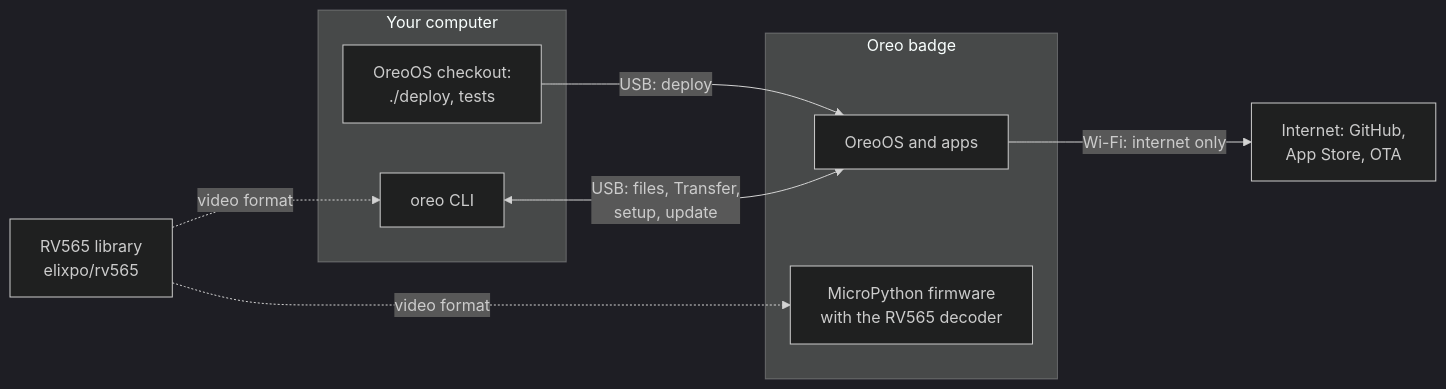
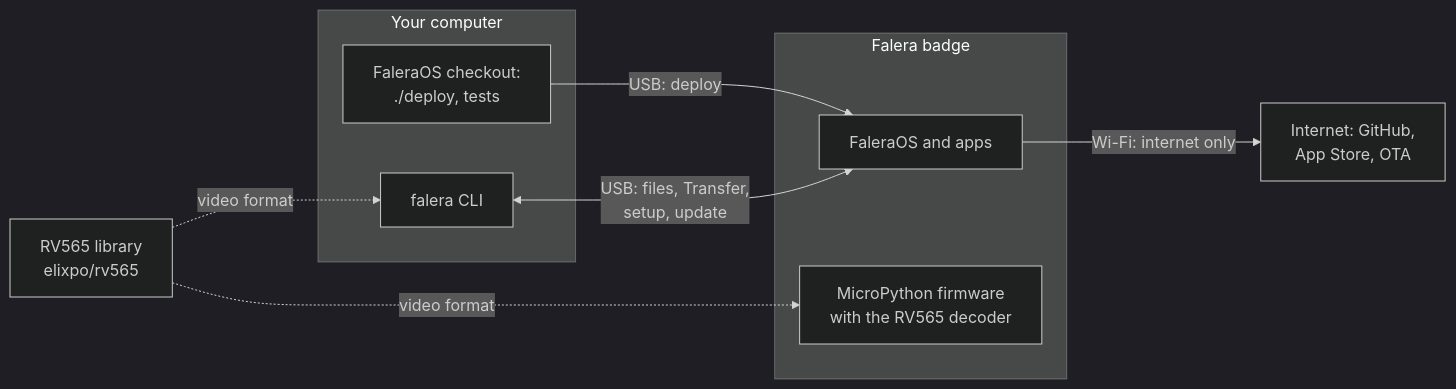
Before and after one commit to elixpo/oreo: the first of 2 diagrams in CONTRIBUTING.md, drawn with Mermaid (dark theme). The commit also changed other lines of this file and 449 other files, not shown here.

First line of the commit message:
Rebrand: OreoOS is now FaleraOS, the panda is Lumi (#188)

````diff
--- a/CONTRIBUTING.md
+++ b/CONTRIBUTING.md
@@ -36,16 +36,16 @@
 ```mermaid
 flowchart LR
     subgraph computer["Your computer"]
-        checkout["OreoOS checkout:<br/>./deploy, tests"]
-        cli["oreo CLI"]
+        checkout["FaleraOS checkout:<br/>./deploy, tests"]
+        cli["falera CLI"]
     end
-    subgraph badge["Oreo badge"]
-        oreoos["OreoOS and apps"]
+    subgraph badge["Falera badge"]
+        oreoos["FaleraOS and apps"]
         firmware["MicroPython firmware<br/>with the RV565 decoder"]
     end
     checkout -->|"USB: deploy"| oreoos
     cli <-->|"USB: files, Transfer,<br/>setup, update"| oreoos
     oreoos -->|"Wi-Fi: internet only"| internet["Internet: GitHub,<br/>App Store, OTA"]
     rv565["RV565 library<br/>elixpo/rv565"] -.->|"video format"| cli
     rv565 -.->|"video format"| firmware
 ```
````
